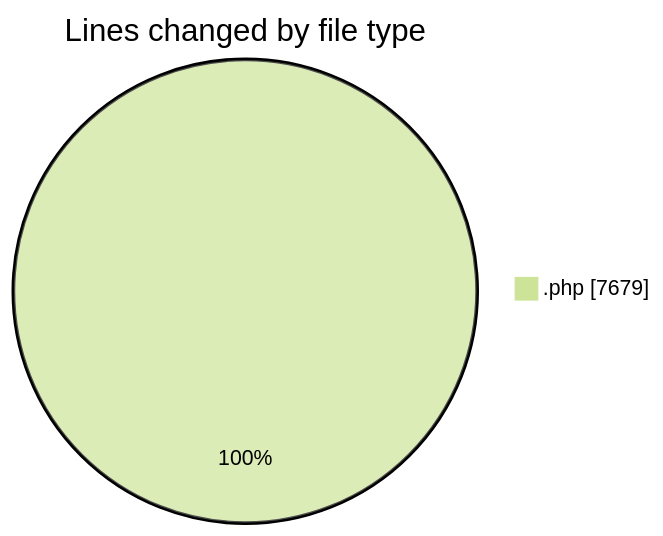
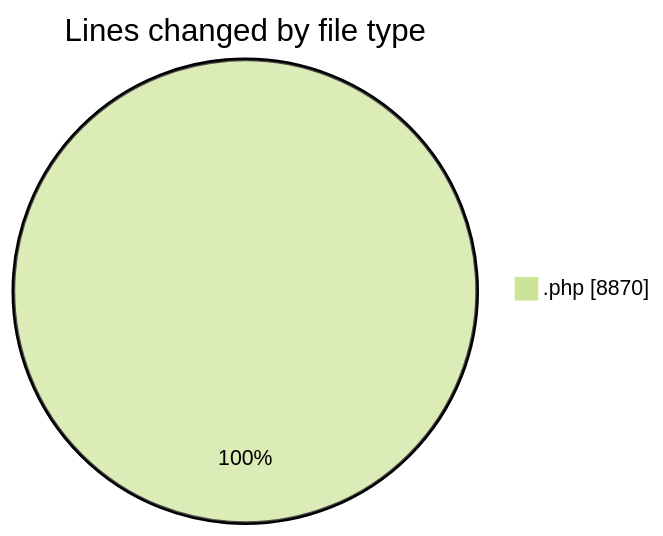
The first of 2 diagrams in 2025-04-10/zeytoon/README.md (vahidmafi/code-tracking), drawn with Mermaid (forest theme) before and after one commit. The commit also changed other lines of this file and 1 other file, not shown here.

````diff
--- a/2025-04-10/zeytoon/README.md
+++ b/2025-04-10/zeytoon/README.md
@@ -29,5 +30,5 @@
 ```mermaid
 pie showData
 title Lines changed by file type
-".php" : 7679
+".php" : 8870
 ```
````
